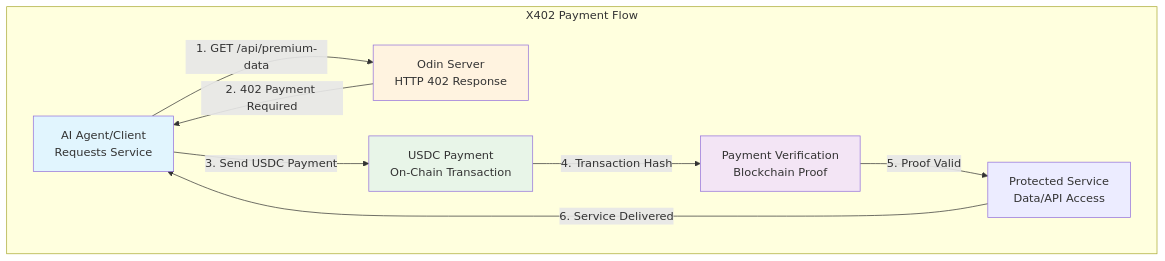
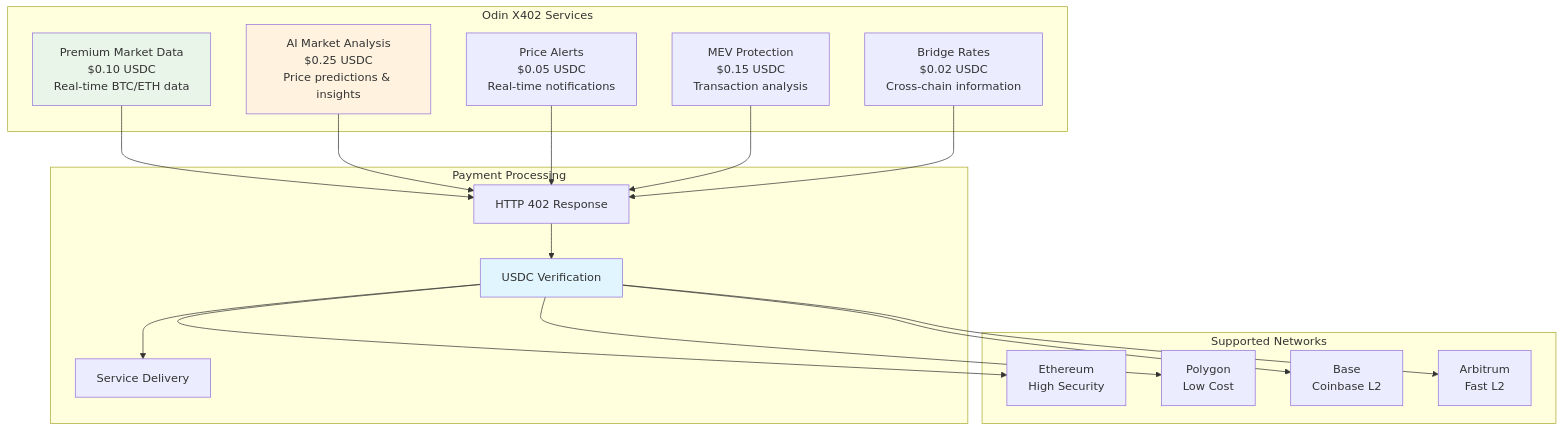
One commit to jconstantine627752-maker/Odysseus changed the third of 9 diagrams in README.md. Above: the diagram before and after it, drawn with Mermaid. The commit also changed other lines of this file, not shown here.

First line of the commit message:
docs: Complete README rework with Odin X402 focus and Mermaid diagrams

````diff
--- a/README.md
+++ b/README.md
@@ -70,22 +94,41 @@
 ```mermaid
 graph TD
-    subgraph "X402 Payment Flow"
-        CLIENT[AI Agent/Client<br/>Requests Service]
-        SERVER[Odin Server<br/>HTTP 402 Response]
-        PAYMENT[USDC Payment<br/>On-Chain Transaction]
-        VERIFY[Payment Verification<br/>Blockchain Proof]
-        SERVICE[Protected Service<br/>Data/API Access]
+    subgraph "Odin X402 Services"
+        PREMIUM[Premium Market Data<br/>$0.10 USDC<br/>Real-time BTC/ETH data]
+        AI[AI Market Analysis<br/>$0.25 USDC<br/>Price predictions & insights]
+        ALERTS[Price Alerts<br/>$0.05 USDC<br/>Real-time notifications]
+        MEV[MEV Protection<br/>$0.15 USDC<br/>Transaction analysis]
+        BRIDGE[Bridge Rates<br/>$0.02 USDC<br/>Cross-chain information]
     end
     
-    CLIENT -->|1. GET /api/premium-data| SERVER
-    SERVER -->|2. 402 Payment Required| CLIENT
-    CLIENT -->|3. Send USDC Payment| PAYMENT
-    PAYMENT -->|4. Transaction Hash| VERIFY
-    VERIFY -->|5. Proof Valid| SERVICE
-    SERVICE -->|6. Service Delivered| CLIENT
+    subgraph "Payment Processing"
+        HTTP402[HTTP 402 Response]
+        VERIFY[USDC Verification]
+        DELIVERY[Service Delivery]
+    end
     
-    style CLIENT fill:#e1f5fe
-    style SERVER fill:#fff3e0
-    style PAYMENT fill:#e8f5e8
-    style VERIFY fill:#f3e5f5
+    subgraph "Supported Networks"
+        N1[Ethereum<br/>High Security]
+        N2[Polygon<br/>Low Cost]
+        N3[Base<br/>Coinbase L2]
+        N4[Arbitrum<br/>Fast L2]
+    end
+    
+    PREMIUM --> HTTP402
+    AI --> HTTP402
+    ALERTS --> HTTP402
+    MEV --> HTTP402
+    BRIDGE --> HTTP402
+    
+    HTTP402 --> VERIFY
+    VERIFY --> DELIVERY
+    
+    VERIFY --> N1
+    VERIFY --> N2
+    VERIFY --> N3
+    VERIFY --> N4
+    
+    style PREMIUM fill:#e8f5e8
+    style AI fill:#fff3e0
+    style VERIFY fill:#e1f5fe
 ```
````
